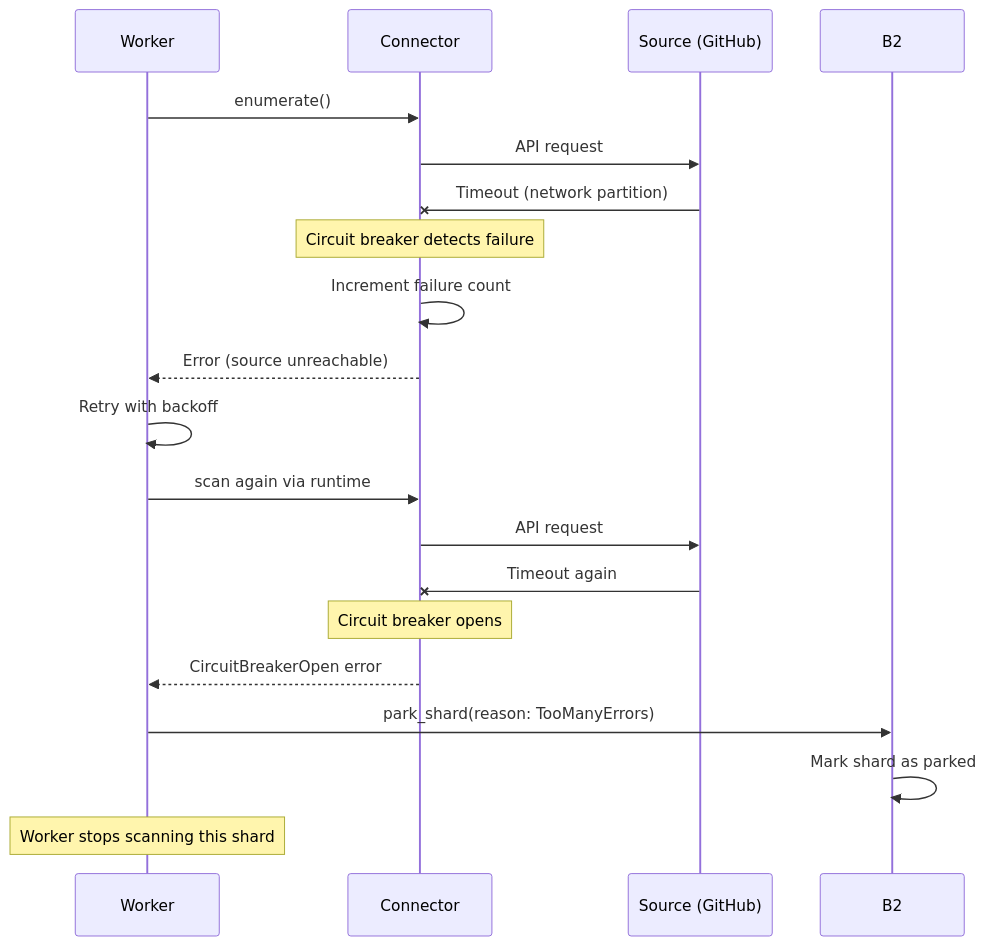
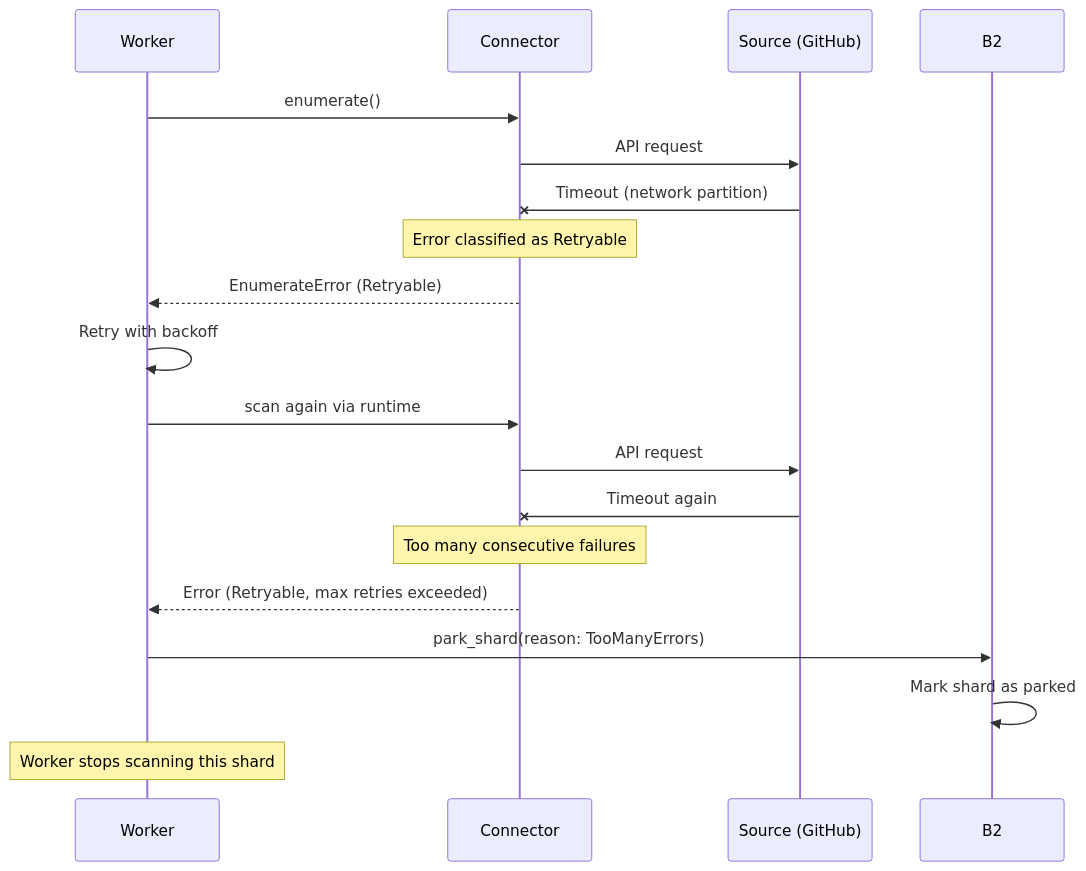
One commit to ahrav/gossip-rs-learning-guide changed the third of 5 diagrams in 08-cross-cutting/03-failure-modes-and-recovery.md. Above: the diagram before and after it, drawn with Mermaid. The commit also changed other lines of this file and 21 other files, not shown here.

````diff
--- a/08-cross-cutting/03-failure-modes-and-recovery.md
+++ b/08-cross-cutting/03-failure-modes-and-recovery.md
@@ -177,26 +177,25 @@
 ```mermaid
 sequenceDiagram
     participant W as Worker
     participant B4 as Connector
     participant S as Source (GitHub)
 
     W->>B4: enumerate()
     B4->>S: API request
     S-xB4: Timeout (network partition)
 
-    Note over B4: Circuit breaker detects failure
-    B4->>B4: Increment failure count
-    B4-->>W: Error (source unreachable)
+    Note over B4: Error classified as Retryable
+    B4-->>W: EnumerateError (Retryable)
 
     W->>W: Retry with backoff
     W->>B4: scan again via runtime
     B4->>S: API request
     S-xB4: Timeout again
 
-    Note over B4: Circuit breaker opens
-    B4-->>W: CircuitBreakerOpen error
+    Note over B4: Too many consecutive failures
+    B4-->>W: Error (Retryable, max retries exceeded)
 
     W->>B2: park_shard(reason: TooManyErrors)
     B2->>B2: Mark shard as parked
     Note over W: Worker stops scanning this shard
 ```
````
